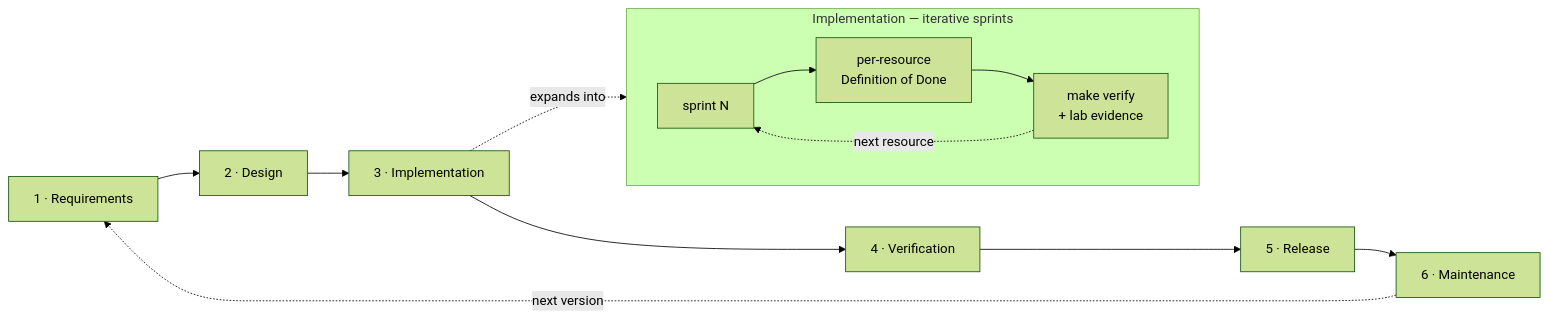
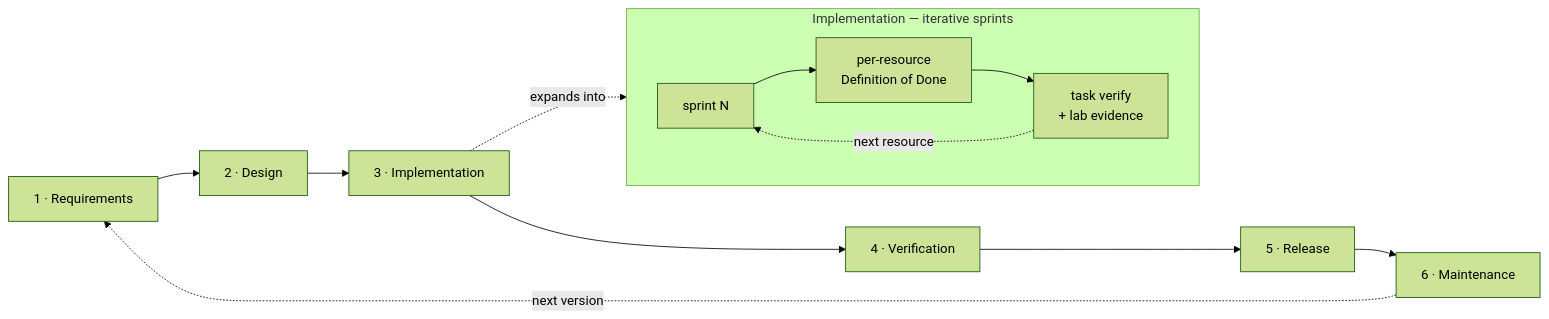
One commit to ioplane/terraform-provider-cvp changed the diagram in docs/methodology.md. Above: the diagram before and after it, drawn with Mermaid (forest theme). The commit also changed other lines of this file and 43 other files, not shown here.

````diff
--- a/docs/methodology.md
+++ b/docs/methodology.md
@@ -39,13 +39,13 @@
 ```mermaid
 flowchart LR
   R["1 · Requirements"] --> D["2 · Design"] --> I["3 · Implementation"]
   I --> V["4 · Verification"] --> Rel["5 · Release"] --> M["6 · Maintenance"]
   M -. "next version" .-> R
 
   subgraph loop["Implementation — iterative sprints"]
     direction LR
-    s1["sprint N"] --> s2["per-resource<br/>Definition of Done"] --> s3["make verify<br/>+ lab evidence"]
+    s1["sprint N"] --> s2["per-resource<br/>Definition of Done"] --> s3["task verify<br/>+ lab evidence"]
     s3 -. "next resource" .-> s1
   end
   I -. "expands into" .-> loop
 ```
````
